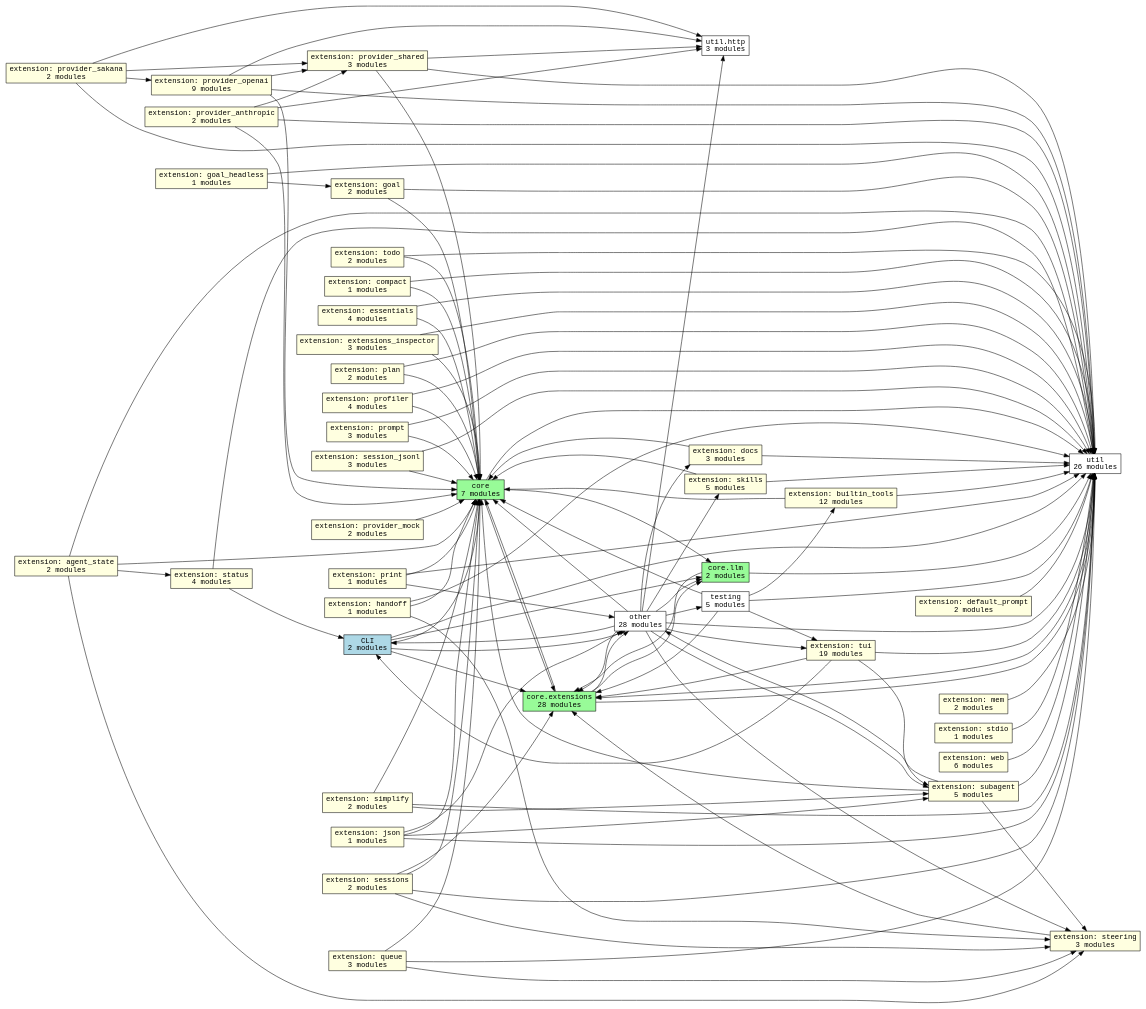
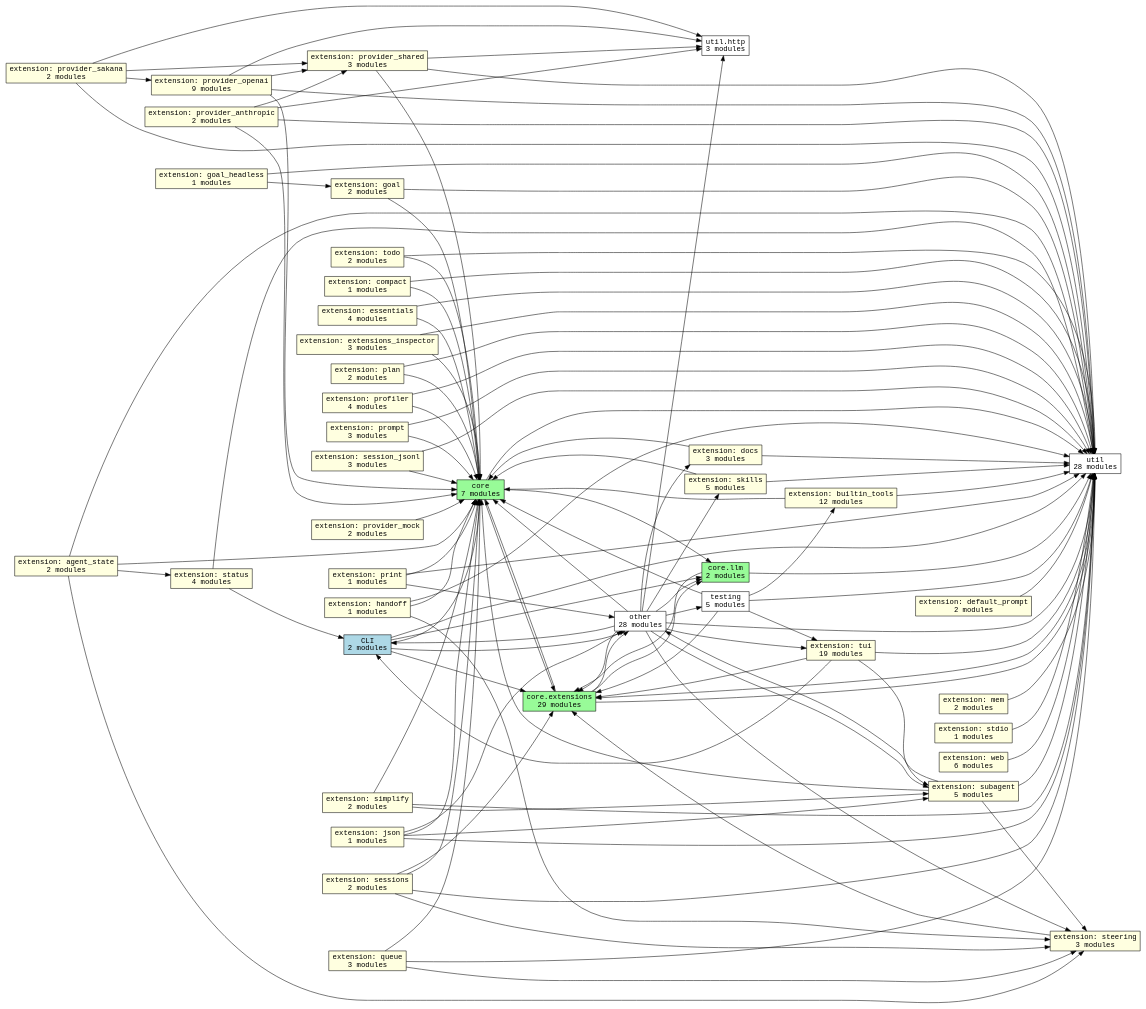
The diagram in docs/graphs/subsystems.dot (acmiyaguchi/fen), drawn with Graphviz before and after one commit. The commit also changed 18 other files, not shown here.

```diff
--- a/docs/graphs/subsystems.dot
+++ b/docs/graphs/subsystems.dot
@@ -1,159 +1,159 @@
 digraph fen_subsystems {
   graph [rankdir=LR];
   node [shape=box, fontname="monospace"];
   edge [fontname="monospace"];
   "cli" [fillcolor="lightblue", label="CLI\n2 modules", style="filled"];
   "core" [fillcolor="palegreen", label="core\n7 modules", style="filled"];
-  "core.extensions" [fillcolor="palegreen", label="core.extensions\n28 modules", style="filled"];
+  "core.extensions" [fillcolor="palegreen", label="core.extensions\n29 modules", style="filled"];
   "core.llm" [fillcolor="palegreen", label="core.llm\n2 modules", style="filled"];
   "extension.agent_state" [fillcolor="lightyellow", label="extension: agent_state\n2 modules", style="filled"];
   "extension.builtin_tools" [fillcolor="lightyellow", label="extension: builtin_tools\n12 modules", style="filled"];
   "extension.compact" [fillcolor="lightyellow", label="extension: compact\n1 modules", style="filled"];
   "extension.default_prompt" [fillcolor="lightyellow", label="extension: default_prompt\n2 modules", style="filled"];
   "extension.docs" [fillcolor="lightyellow", label="extension: docs\n3 modules", style="filled"];
   "extension.essentials" [fillcolor="lightyellow", label="extension: essentials\n4 modules", style="filled"];
   "extension.extensions_inspector" [fillcolor="lightyellow", label="extension: extensions_inspector\n3 modules", style="filled"];
   "extension.goal" [fillcolor="lightyellow", label="extension: goal\n2 modules", style="filled"];
   "extension.goal_headless" [fillcolor="lightyellow", label="extension: goal_headless\n1 modules", style="filled"];
   "extension.handoff" [fillcolor="lightyellow", label="extension: handoff\n1 modules", style="filled"];
   "extension.json" [fillcolor="lightyellow", label="extension: json\n1 modules", style="filled"];
   "extension.mem" [fillcolor="lightyellow", label="extension: mem\n2 modules", style="filled"];
   "extension.plan" [fillcolor="lightyellow", label="extension: plan\n2 modules", style="filled"];
   "extension.print" [fillcolor="lightyellow", label="extension: print\n1 modules", style="filled"];
   "extension.profiler" [fillcolor="lightyellow", label="extension: profiler\n4 modules", style="filled"];
   "extension.prompt" [fillcolor="lightyellow", label="extension: prompt\n3 modules", style="filled"];
   "extension.provider_anthropic" [fillcolor="lightyellow", label="extension: provider_anthropic\n2 modules", style="filled"];
   "extension.provider_mock" [fillcolor="lightyellow", label="extension: provider_mock\n2 modules", style="filled"];
   "extension.provider_openai" [fillcolor="lightyellow", label="extension: provider_openai\n9 modules", style="filled"];
   "extension.provider_sakana" [fillcolor="lightyellow", label="extension: provider_sakana\n2 modules", style="filled"];
   "extension.provider_shared" [fillcolor="lightyellow", label="extension: provider_shared\n3 modules", style="filled"];
   "extension.queue" [fillcolor="lightyellow", label="extension: queue\n3 modules", style="filled"];
   "extension.session_jsonl" [fillcolor="lightyellow", label="extension: session_jsonl\n3 modules", style="filled"];
   "extension.sessions" [fillcolor="lightyellow", label="extension: sessions\n2 modules", style="filled"];
   "extension.simplify" [fillcolor="lightyellow", label="extension: simplify\n2 modules", style="filled"];
   "extension.skills" [fillcolor="lightyellow", label="extension: skills\n5 modules", style="filled"];
   "extension.status" [fillcolor="lightyellow", label="extension: status\n4 modules", style="filled"];
   "extension.stdio" [fillcolor="lightyellow", label="extension: stdio\n1 modules", style="filled"];
   "extension.steering" [fillcolor="lightyellow", label="extension: steering\n3 modules", style="filled"];
   "extension.subagent" [fillcolor="lightyellow", label="extension: subagent\n5 modules", style="filled"];
   "extension.todo" [fillcolor="lightyellow", label="extension: todo\n2 modules", style="filled"];
   "extension.tui" [fillcolor="lightyellow", label="extension: tui\n19 modules", style="filled"];
   "extension.web" [fillcolor="lightyellow", label="extension: web\n6 modules", style="filled"];
   "other" [fillcolor="white", label="other\n28 modules", style="filled"];
   "testing" [fillcolor="white", label="testing\n5 modules", style="filled"];
-  "util" [fillcolor="white", label="util\n26 modules", style="filled"];
+  "util" [fillcolor="white", label="util\n28 modules", style="filled"];
   "util.http" [fillcolor="white", label="util.http\n3 modules", style="filled"];
   "cli" -> "core";
   "cli" -> "core.extensions";
   "cli" -> "core.llm";
   "cli" -> "other";
   "cli" -> "util";
   "core" -> "core.extensions";
   "core" -> "core.llm";
   "core" -> "util";
   "core.extensions" -> "core";
   "core.extensions" -> "core.llm";
   "core.extensions" -> "other";
   "core.extensions" -> "util";
   "core.llm" -> "core.extensions";
   "core.llm" -> "util";
   "extension.agent_state" -> "core";
   "extension.agent_state" -> "extension.status";
   "extension.agent_state" -> "extension.steering";
   "extension.agent_state" -> "util";
   "extension.builtin_tools" -> "core";
   "extension.builtin_tools" -> "util";
   "extension.compact" -> "core";
   "extension.compact" -> "util";
   "extension.default_prompt" -> "util";
   "extension.docs" -> "core";
   "extension.docs" -> "util";
   "extension.essentials" -> "core";
   "extension.essentials" -> "util";
   "extension.extensions_inspector" -> "core";
   "extension.extensions_inspector" -> "util";
   "extension.goal" -> "core";
   "extension.goal" -> "util";
   "extension.goal_headless" -> "extension.goal";
   "extension.goal_headless" -> "util";
   "extension.handoff" -> "core";
   "extension.handoff" -> "extension.steering";
   "extension.handoff" -> "util";
   "extension.json" -> "core";
   "extension.json" -> "extension.subagent";
   "extension.json" -> "other";
   "extension.json" -> "util";
   "extension.mem" -> "util";
   "extension.plan" -> "core";
   "extension.plan" -> "util";
   "extension.print" -> "core";
   "extension.print" -> "other";
   "extension.print" -> "util";
   "extension.profiler" -> "core";
   "extension.profiler" -> "util";
   "extension.prompt" -> "core";
   "extension.prompt" -> "util";
   "extension.provider_anthropic" -> "core";
   "extension.provider_anthropic" -> "extension.provider_shared";
   "extension.provider_anthropic" -> "util";
   "extension.provider_anthropic" -> "util.http";
   "extension.provider_mock" -> "core";
   "extension.provider_openai" -> "core";
   "extension.provider_openai" -> "extension.provider_shared";
   "extension.provider_openai" -> "util";
   "extension.provider_openai" -> "util.http";
   "extension.provider_sakana" -> "extension.provider_openai";
   "extension.provider_sakana" -> "extension.provider_shared";
   "extension.provider_sakana" -> "util";
   "extension.provider_sakana" -> "util.http";
   "extension.provider_shared" -> "core";
   "extension.provider_shared" -> "util";
   "extension.provider_shared" -> "util.http";
   "extension.queue" -> "core";
   "extension.queue" -> "extension.steering";
   "extension.queue" -> "util";
   "extension.session_jsonl" -> "core";
   "extension.session_jsonl" -> "util";
   "extension.sessions" -> "core";
   "extension.sessions" -> "core.extensions";
   "extension.sessions" -> "extension.steering";
   "extension.sessions" -> "util";
   "extension.simplify" -> "core";
   "extension.simplify" -> "extension.subagent";
   "extension.simplify" -> "util";
   "extension.skills" -> "core";
   "extension.skills" -> "util";
   "extension.status" -> "cli";
   "extension.status" -> "util";
   "extension.stdio" -> "util";
   "extension.steering" -> "core.extensions";
   "extension.subagent" -> "core";
   "extension.subagent" -> "extension.steering";
   "extension.subagent" -> "other";
   "extension.subagent" -> "util";
   "extension.todo" -> "core";
   "extension.todo" -> "util";
   "extension.tui" -> "cli";
   "extension.tui" -> "core.extensions";
   "extension.tui" -> "extension.subagent";
   "extension.tui" -> "util";
   "extension.web" -> "util";
   "other" -> "cli";
   "other" -> "core";
   "other" -> "core.extensions";
   "other" -> "core.llm";
   "other" -> "extension.docs";
   "other" -> "extension.skills";
   "other" -> "extension.steering";
   "other" -> "extension.subagent";
   "other" -> "extension.tui";
   "other" -> "testing";
   "other" -> "util";
   "other" -> "util.http";
   "testing" -> "core";
   "testing" -> "core.extensions";
   "testing" -> "extension.builtin_tools";
   "testing" -> "extension.tui";
   "testing" -> "util";
   "util" -> "core.extensions";
 }
```
